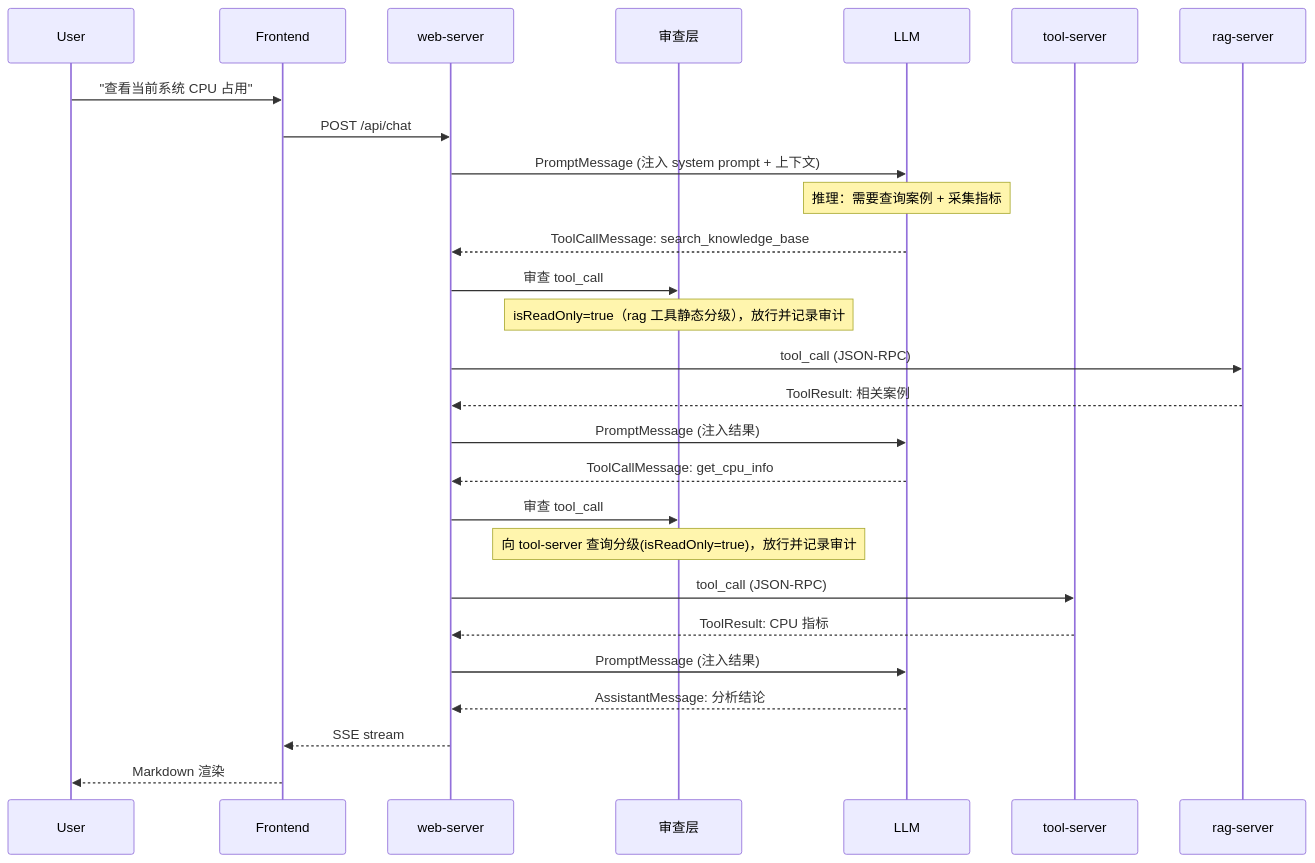
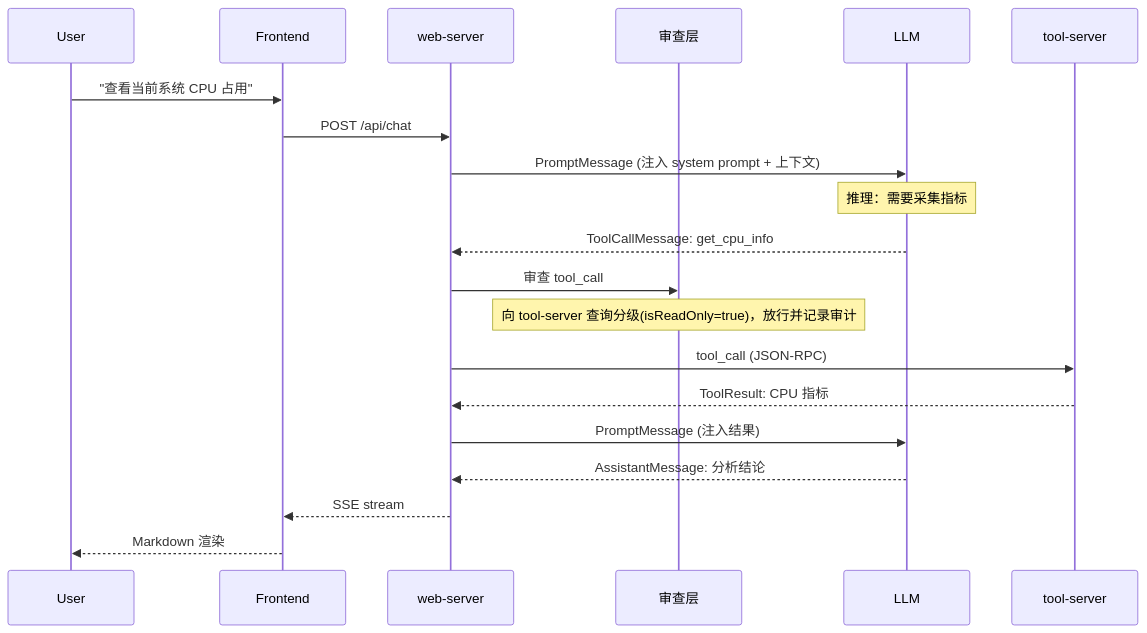
One commit to nazzeDe/alascup-agent changed the first of 3 diagrams in docs/详细设计.md. Above: the diagram before and after it, drawn with Mermaid. The commit also changed other lines of this file and 20 other files, not shown here.

First line of the commit message:
cleanup: remove all rag-server references — RAG is no longer used

````diff
--- a/docs/详细设计.md
+++ b/docs/详细设计.md
@@ -19,30 +19,23 @@
 ```mermaid
 sequenceDiagram
     participant user as User
     participant front as Frontend
     participant web as web-server
     participant sec as 审查层
     participant llm as LLM
     participant tool as tool-server
-    participant rag as rag-server
 
     user->>front: "查看当前系统 CPU 占用"
     front->>web: POST /api/chat
     web->>llm: PromptMessage (注入 system prompt + 上下文)
-    Note over llm: 推理：需要查询案例 + 采集指标
-    llm-->>web: ToolCallMessage: search_knowledge_base
-    web->>sec: 审查 tool_call
-    Note over sec: isReadOnly=true（rag 工具静态分级），放行并记录审计
-    web->>rag: tool_call (JSON-RPC)
-    rag-->>web: ToolResult: 相关案例
-    web->>llm: PromptMessage (注入结果)
+    Note over llm: 推理：需要采集指标
     llm-->>web: ToolCallMessage: get_cpu_info
     web->>sec: 审查 tool_call
     Note over sec: 向 tool-server 查询分级(isReadOnly=true)，放行并记录审计
     web->>tool: tool_call (JSON-RPC)
     tool-->>web: ToolResult: CPU 指标
     web->>llm: PromptMessage (注入结果)
     llm-->>web: AssistantMessage: 分析结论
     web-->>front: SSE stream
     front-->>user: Markdown 渲染
 ```
````
